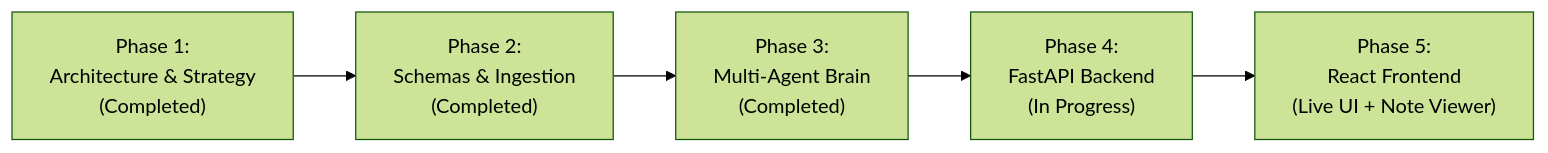
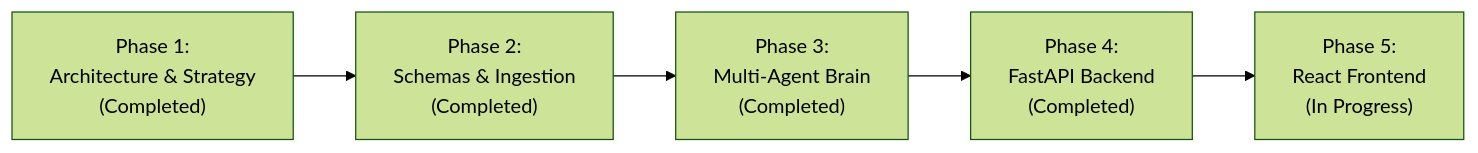
Before and after one commit to dhruv-gautam-dev/noteloom: the diagram in docs/PROJECT_STATUS.md, drawn with Mermaid (forest theme). The commit also changed other lines of this file and 5 other files, not shown here.

Commit message:
FastAPI Server, Background Jobs & Real-Time SSE Stream

````diff
--- a/docs/PROJECT_STATUS.md
+++ b/docs/PROJECT_STATUS.md
@@ -27,7 +28,7 @@
 ```mermaid
 flowchart LR
     P1["Phase 1:\nArchitecture & Strategy\n(Completed)"] --> P2["Phase 2:\nSchemas & Ingestion\n(Completed)"]
     P2 --> P3["Phase 3:\nMulti-Agent Brain\n(Completed)"]
-    P3 --> P4["Phase 4:\nFastAPI Backend\n(In Progress)"]
-    P4 --> P5["Phase 5:\nReact Frontend\n(Live UI + Note Viewer)"]
+    P3 --> P4["Phase 4:\nFastAPI Backend\n(Completed)"]
+    P4 --> P5["Phase 5:\nReact Frontend\n(In Progress)"]
 ```
````
